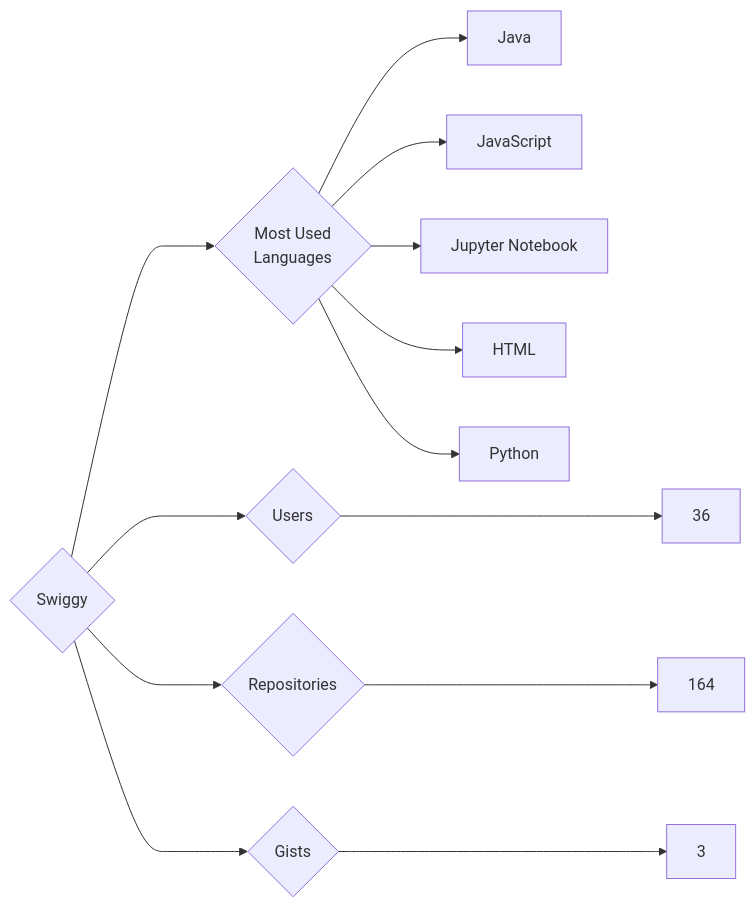
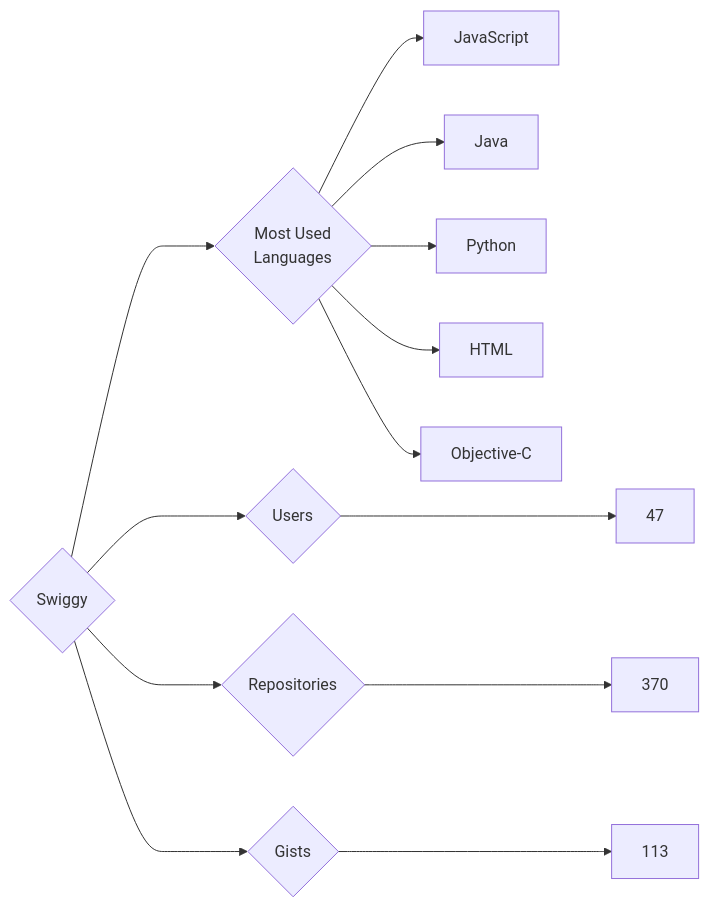
One commit to trickest/insiders changed the diagram in targets/Swiggy/README.md. Above: the diagram before and after it, drawn with Mermaid. The commit also changed 903 other files, not shown here.

````diff
--- a/targets/Swiggy/README.md
+++ b/targets/Swiggy/README.md
@@ -3,13 +3,13 @@
 ```mermaid
 graph LR
 COMPANY_NAME{Swiggy}
-COMPANY_NAME ---> U{Users} ---> UN[36]
-COMPANY_NAME ---> R{Repositories} ---> RN[164]
-COMPANY_NAME ---> G{Gists} ---> GN[3]
+COMPANY_NAME ---> U{Users} ---> UN[47]
+COMPANY_NAME ---> R{Repositories} ---> RN[370]
+COMPANY_NAME ---> G{Gists} ---> GN[113]
 COMPANY_NAME ---> ML{Most Used<br>Languages}
+ML --> JavaScript[JavaScript]
 ML --> Java[Java]
-ML --> JavaScript[JavaScript]
-ML --> Jupyter_Notebook[Jupyter Notebook]
+ML --> Python[Python]
 ML --> HTML[HTML]
-ML --> Python[Python]
+ML --> Objective-C[Objective-C]
 ```
````
